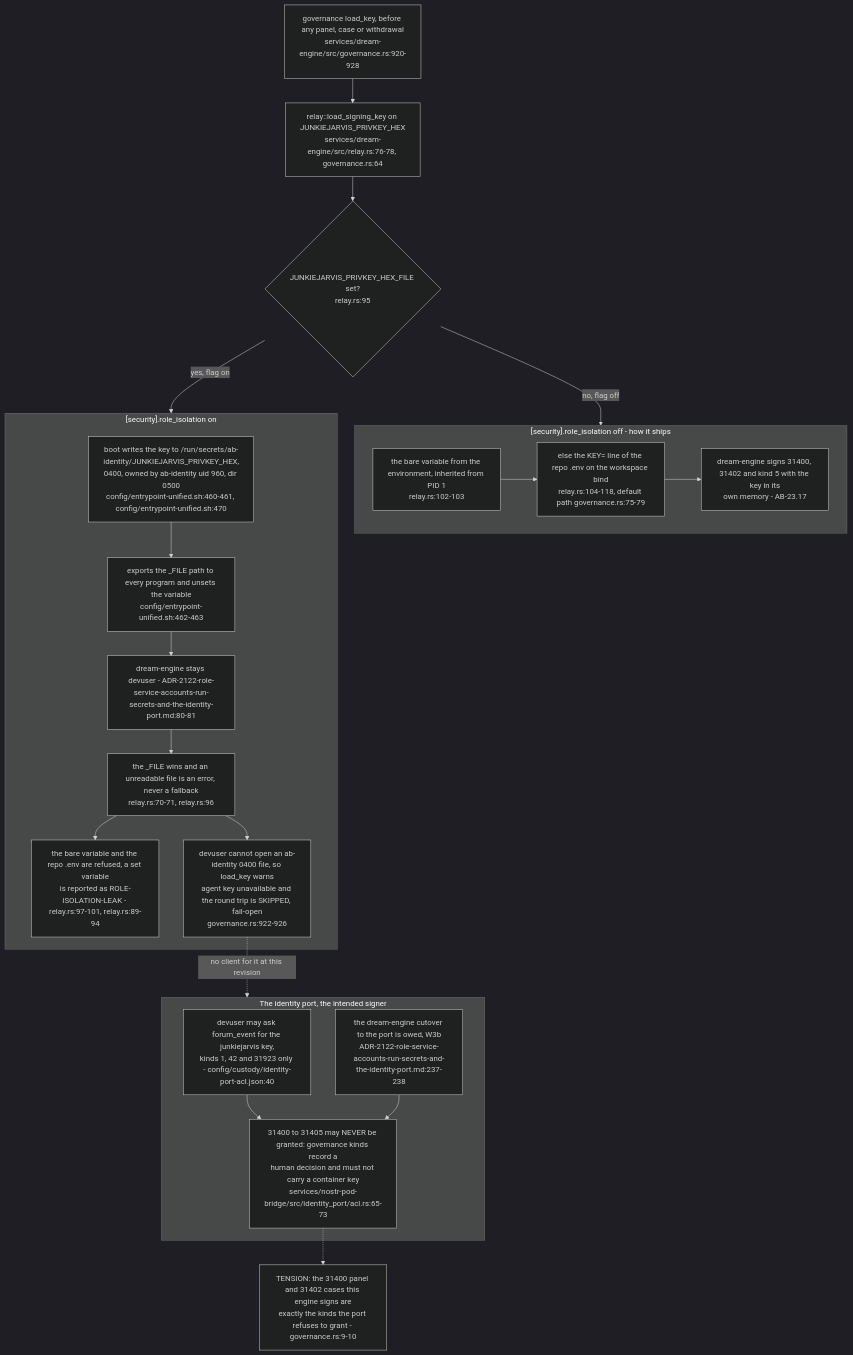
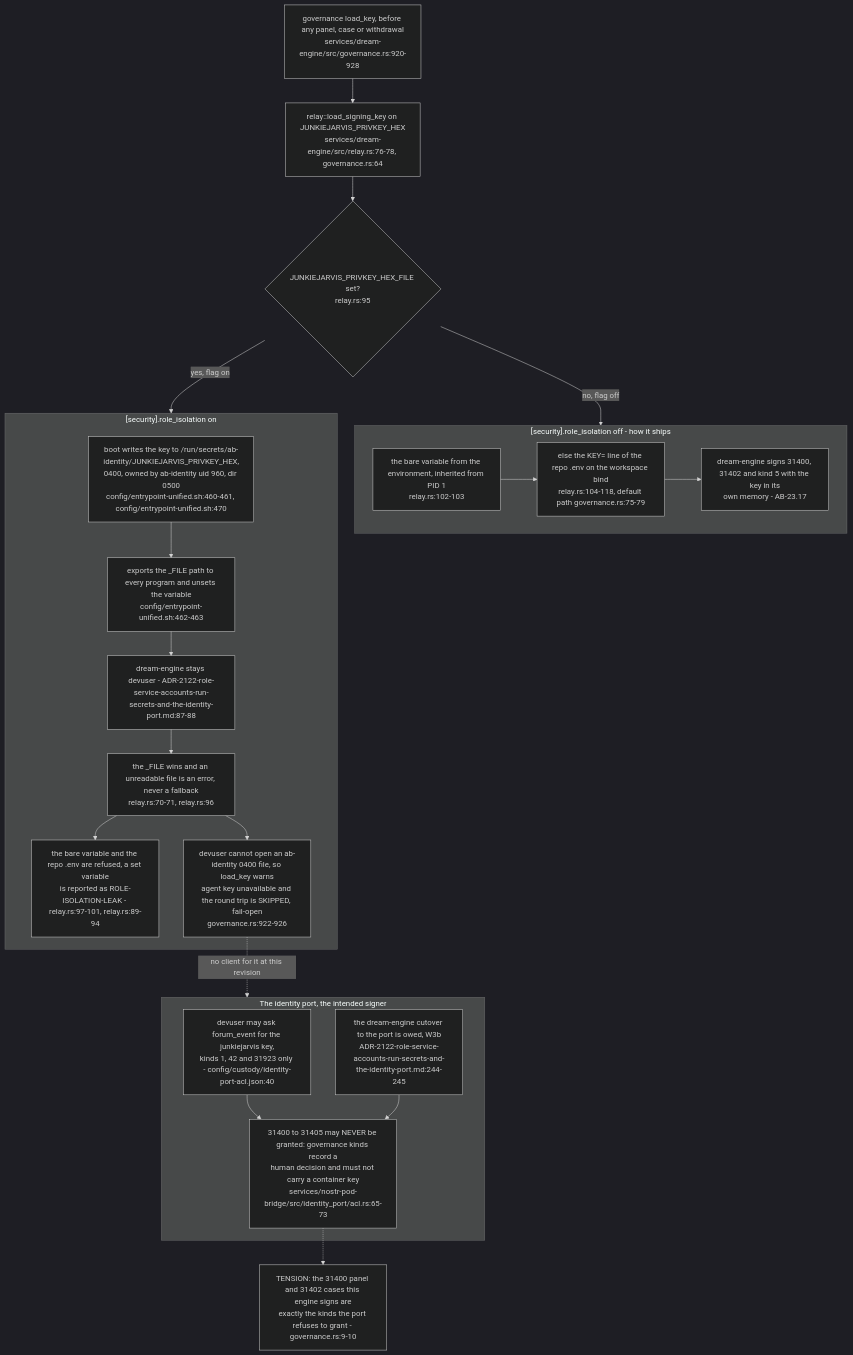
Before and after one commit to DreamLab-AI/VisionFlow: diagram 20 of 22 in docs/diagrams/agentbox/23-dream-engine.md, drawn with Mermaid (dark theme). The commit also changed other lines of this file and 151 other files, not shown here.

````diff
--- a/docs/diagrams/agentbox/23-dream-engine.md
+++ b/docs/diagrams/agentbox/23-dream-engine.md
@@ -1009,34 +1009,34 @@
 ```mermaid
 flowchart TB
     GOVN["governance load_key, before any panel, case or withdrawal<br/>services/dream-engine/src/governance.rs:920-928"]
     LSK["relay::load_signing_key on JUNKIEJARVIS_PRIVKEY_HEX<br/>services/dream-engine/src/relay.rs:76-78, governance.rs:64"]
     FV{"JUNKIEJARVIS_PRIVKEY_HEX_FILE set?<br/>relay.rs:95"}
     GOVN --> LSK --> FV
     subgraph off["[security].role_isolation off - how it ships"]
         O1["the bare variable from the environment, inherited from PID 1<br/>relay.rs:102-103"]
         O2["else the KEY= line of the repo .env on the workspace bind<br/>relay.rs:104-118, default path governance.rs:75-79"]
         O3["dream-engine signs 31400, 31402 and kind 5 with the key in its<br/>own memory - AB-23.17"]
         O1 --> O2 --> O3
     end
     subgraph on["[security].role_isolation on"]
         E1["boot writes the key to /run/secrets/ab-identity/JUNKIEJARVIS_PRIVKEY_HEX,<br/>0400, owned by ab-identity uid 960, dir 0500<br/>config/entrypoint-unified.sh:460-461, config/entrypoint-unified.sh:470"]
         E2["exports the _FILE path to every program and unsets the variable<br/>config/entrypoint-unified.sh:462-463"]
-        E3["dream-engine stays devuser - ADR-2122-role-service-accounts-run-secrets-and-the-identity-port.md:80-81"]
+        E3["dream-engine stays devuser - ADR-2122-role-service-accounts-run-secrets-and-the-identity-port.md:87-88"]
         E4["the _FILE wins and an unreadable file is an error, never a fallback<br/>relay.rs:70-71, relay.rs:96"]
         E5["the bare variable and the repo .env are refused, a set variable<br/>is reported as ROLE-ISOLATION-LEAK - relay.rs:97-101, relay.rs:89-94"]
         E6["devuser cannot open an ab-identity 0400 file, so load_key warns<br/>agent key unavailable and the round trip is SKIPPED, fail-open<br/>governance.rs:922-926"]
         E1 --> E2 --> E3 --> E4 --> E6
         E4 --> E5
     end
     FV -->|"no, flag off"| off
     FV -->|"yes, flag on"| on
     subgraph port["The identity port, the intended signer"]
         P1["devuser may ask forum_event for the junkiejarvis key,<br/>kinds 1, 42 and 31923 only - config/custody/identity-port-acl.json:40"]
         P2["31400 to 31405 may NEVER be granted: governance kinds record a<br/>human decision and must not carry a container key<br/>services/nostr-pod-bridge/src/identity_port/acl.rs:65-73"]
-        P3["the dream-engine cutover to the port is owed, W3b<br/>ADR-2122-role-service-accounts-run-secrets-and-the-identity-port.md:237-238"]
+        P3["the dream-engine cutover to the port is owed, W3b<br/>ADR-2122-role-service-accounts-run-secrets-and-the-identity-port.md:244-245"]
         P1 --> P2
         P3 --> P2
     end
     E6 -.->|"no client for it at this revision"| port
     P2 -.-> T["TENSION: the 31400 panel and 31402 cases this engine signs are<br/>exactly the kinds the port refuses to grant - governance.rs:9-10"]
 ```
````
